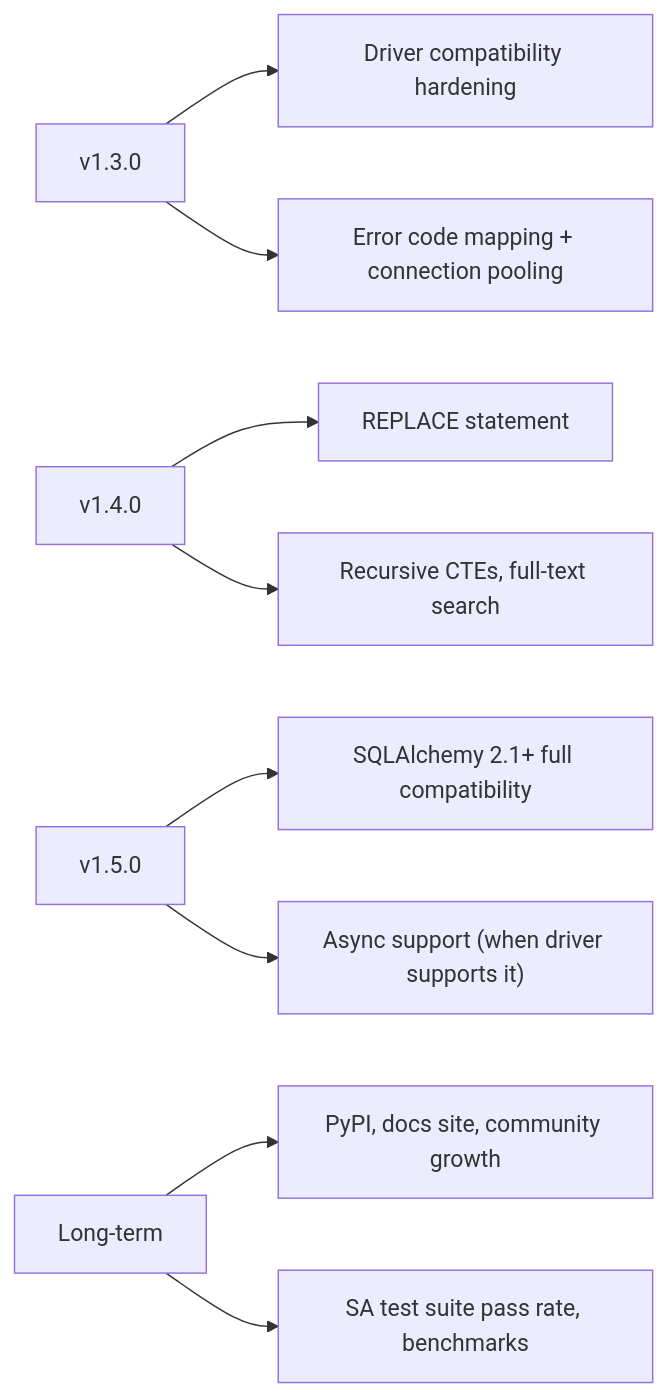
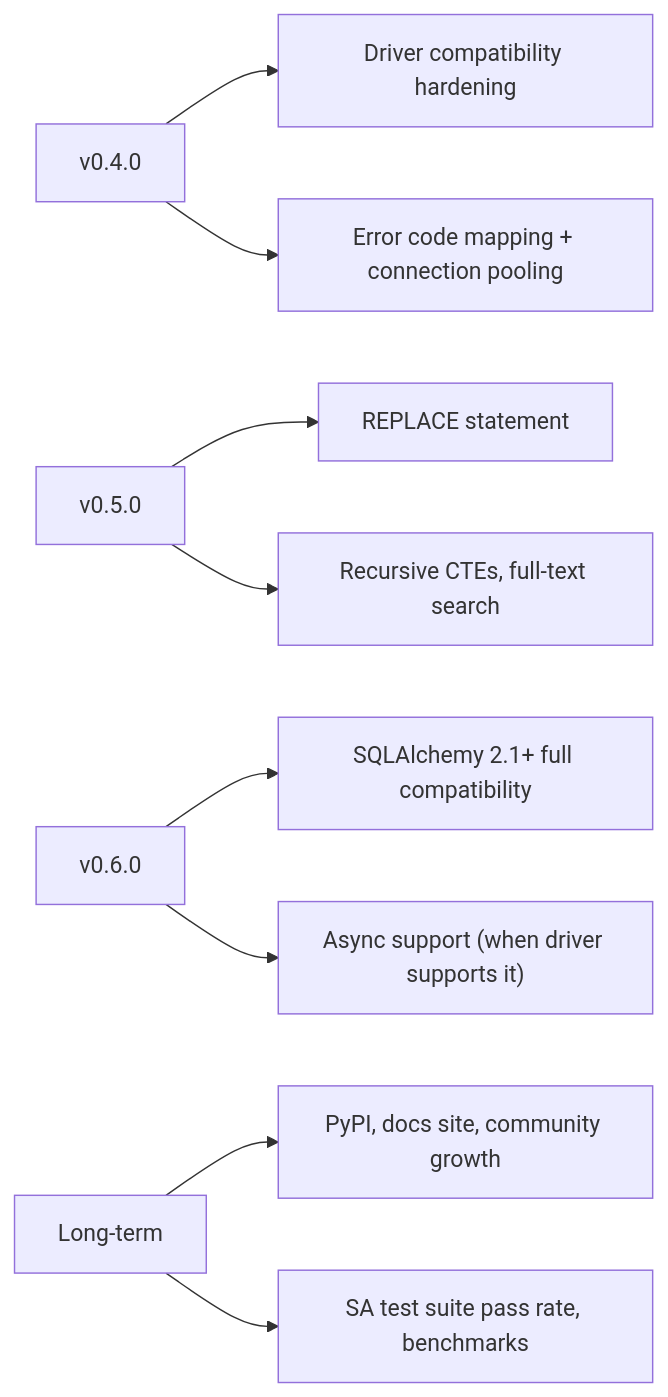
The second of 2 diagrams in docs/PRD.md (cubrid-labs/sqlalchemy-cubrid), drawn with Mermaid before and after one commit. The commit also changed other lines of this file and 11 other files, not shown here.

````diff
--- a/docs/PRD.md
+++ b/docs/PRD.md
@@ -407,14 +407,14 @@
 ```mermaid
 graph LR
-    v130["v1.3.0"] --> v130a["Driver compatibility hardening"]
+    v130["v0.4.0"] --> v130a["Driver compatibility hardening"]
     v130 --> v130b["Error code mapping + connection pooling"]
 
-    v140["v1.4.0"] --> v140a["REPLACE statement"]
+    v140["v0.5.0"] --> v140a["REPLACE statement"]
     v140 --> v140b["Recursive CTEs, full-text search"]
 
-    v200["v1.5.0"] --> v200a["SQLAlchemy 2.1+ full compatibility"]
+    v200["v0.6.0"] --> v200a["SQLAlchemy 2.1+ full compatibility"]
     v200 --> v200b["Async support (when driver supports it)"]
 
     longterm["Long-term"] --> longa["PyPI, docs site, community growth"]
     longterm --> longb["SA test suite pass rate, benchmarks"]
 ```
````
